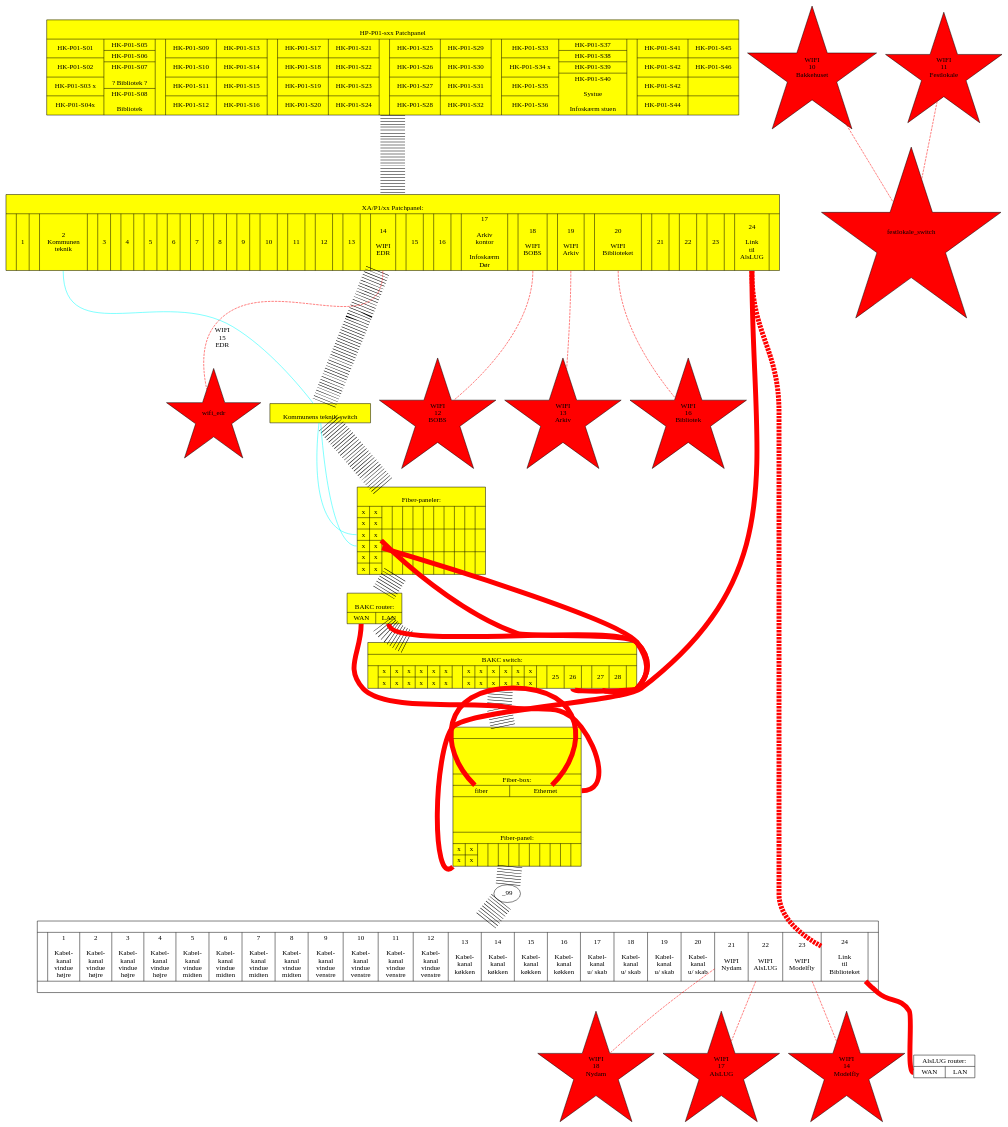
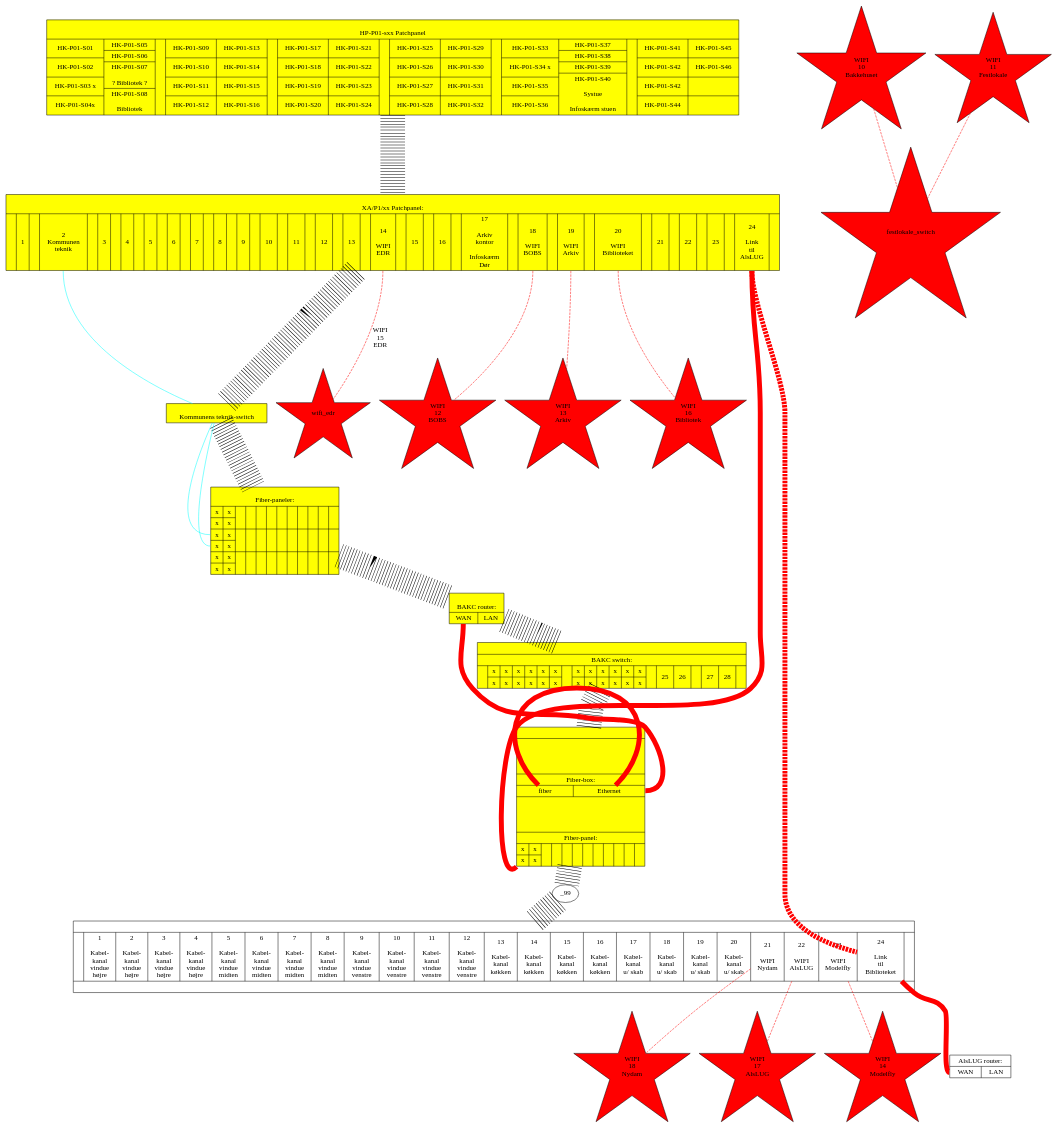
The diagram in projekter/patch-paneler.dot (alslug/alslug.dk), drawn with Graphviz before and after one commit.

```diff
--- a/projekter/patch-paneler.dot
+++ b/projekter/patch-paneler.dot
@@ -218,9 +218,9 @@
   alslug_router [ shape=record label="{AlsLUG router:|{<wan> WAN|<lan> LAN}}" ];
   
   bib_skab:stofabox_ethernet -> bakc_router:wan [ color=red penwidth=10 ];
-  bakc_router:lan -> bib_switch:26 [ color=red penwidth=10 ];
-  bib_fiberpaneler_1:festlokale_fiber_1 -> bib_switch:fiber_1 [ color=red penwidth=10 ];
-  bib_fiberpaneler_1:festlokale_fiber_2 -> bib_switch:fiber_1 [ color=red penwidth=10 ];
+//  bakc_router:lan -> bib_switch:26 [ color=red penwidth=10 ];
+//  bib_fiberpaneler_1:festlokale_fiber_1 -> bib_switch:fiber_1 [ color=red penwidth=10 ];
+//  bib_fiberpaneler_1:festlokale_fiber_2 -> bib_switch:fiber_1 [ color=red penwidth=10 ];
  
   { # Ruckus accesspoints
     node [shape=star style=filled fillcolor=red ];
```
